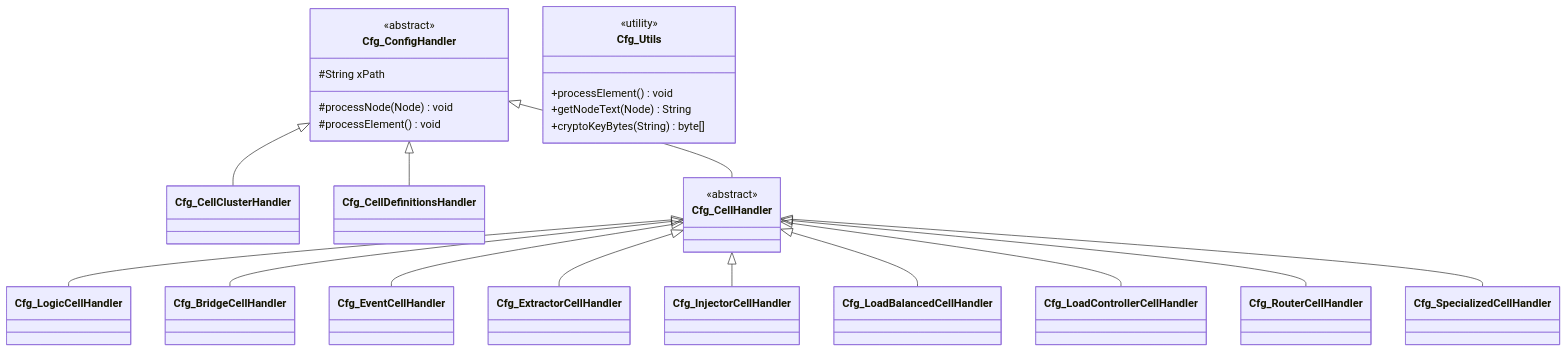
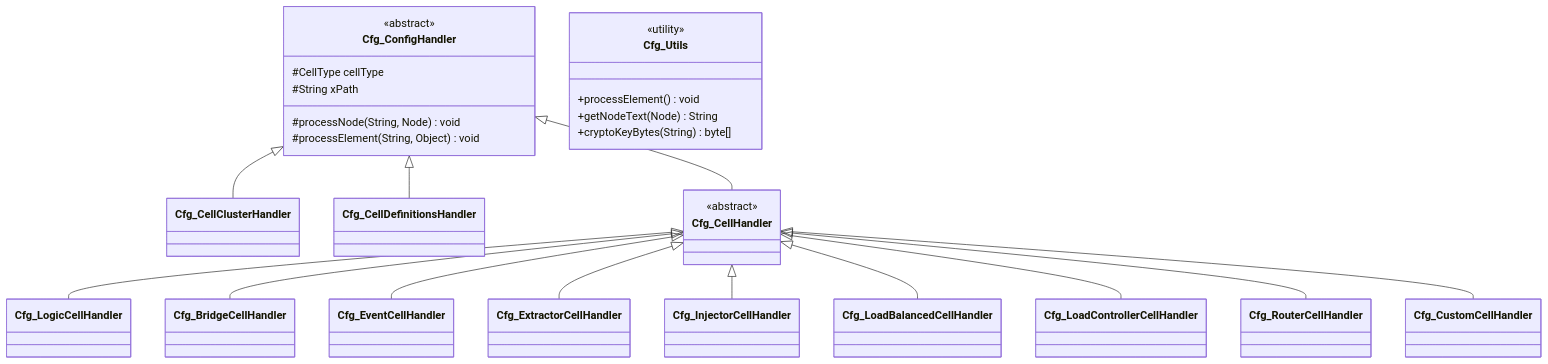
One commit to commence-software/NeuPaths2 changed the eighth of 12 diagrams in documents/design/03-subsystems.md. Above: the diagram before and after it, drawn with Mermaid. The commit also changed other lines of this file and 9 other files, not shown here.

````diff
--- a/documents/design/03-subsystems.md
+++ b/documents/design/03-subsystems.md
@@ -352,42 +442,43 @@
 ```mermaid
 classDiagram
     class Cfg_ConfigHandler {
         <<abstract>>
+        #CellType cellType
         #String xPath
-        #processNode(Node) void
-        #processElement() void
+        #processNode(String, Node) void
+        #processElement(String, Object) void
     }
     class Cfg_Utils {
         <<utility>>
         +processElement() void
         +getNodeText(Node) String
         +cryptoKeyBytes(String) byte[]
     }
     class Cfg_CellClusterHandler
     class Cfg_CellDefinitionsHandler
     class Cfg_CellHandler {
         <<abstract>>
     }
     class Cfg_LogicCellHandler
     class Cfg_BridgeCellHandler
     class Cfg_EventCellHandler
     class Cfg_ExtractorCellHandler
     class Cfg_InjectorCellHandler
     class Cfg_LoadBalancedCellHandler
     class Cfg_LoadControllerCellHandler
     class Cfg_RouterCellHandler
-    class Cfg_SpecializedCellHandler
+    class Cfg_CustomCellHandler
 
     Cfg_ConfigHandler <|-- Cfg_CellClusterHandler
     Cfg_ConfigHandler <|-- Cfg_CellDefinitionsHandler
     Cfg_ConfigHandler <|-- Cfg_CellHandler
     Cfg_CellHandler <|-- Cfg_LogicCellHandler
     Cfg_CellHandler <|-- Cfg_BridgeCellHandler
     Cfg_CellHandler <|-- Cfg_EventCellHandler
     Cfg_CellHandler <|-- Cfg_ExtractorCellHandler
     Cfg_CellHandler <|-- Cfg_InjectorCellHandler
     Cfg_CellHandler <|-- Cfg_LoadBalancedCellHandler
     Cfg_CellHandler <|-- Cfg_LoadControllerCellHandler
     Cfg_CellHandler <|-- Cfg_RouterCellHandler
-    Cfg_CellHandler <|-- Cfg_SpecializedCellHandler
+    Cfg_CellHandler <|-- Cfg_CustomCellHandler
 ```
````
